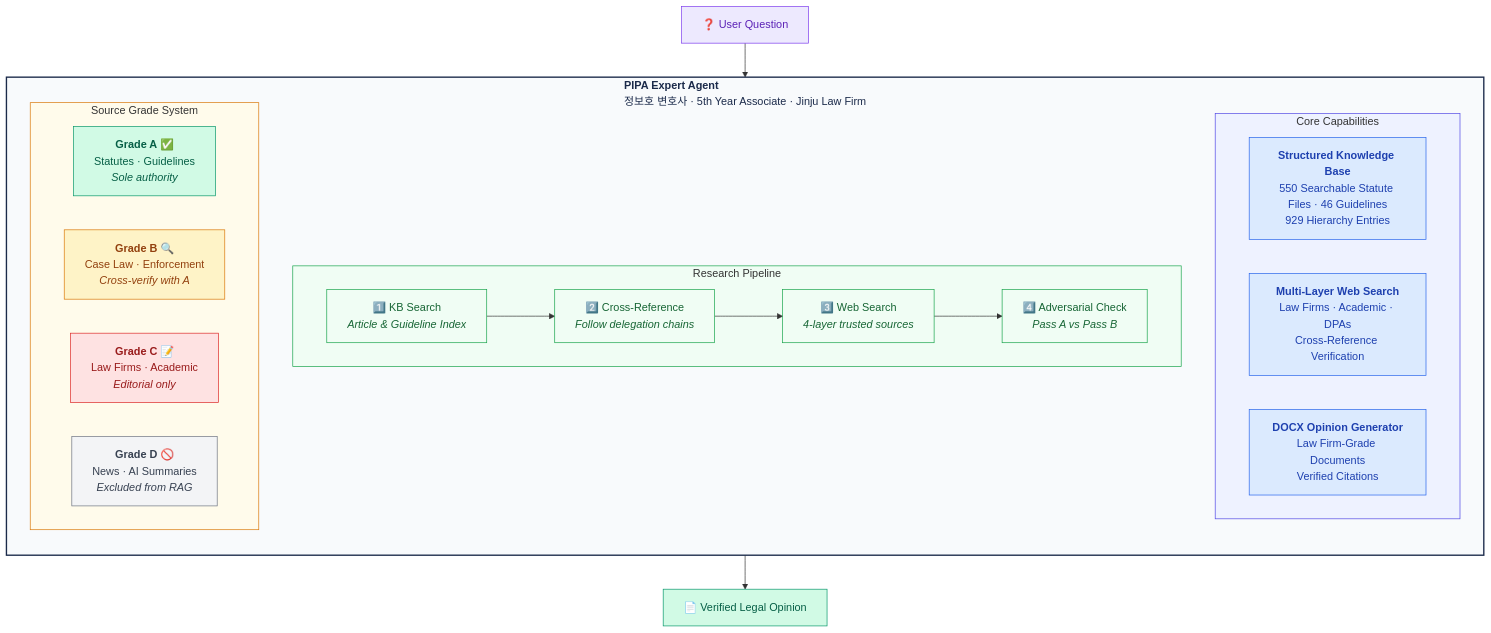
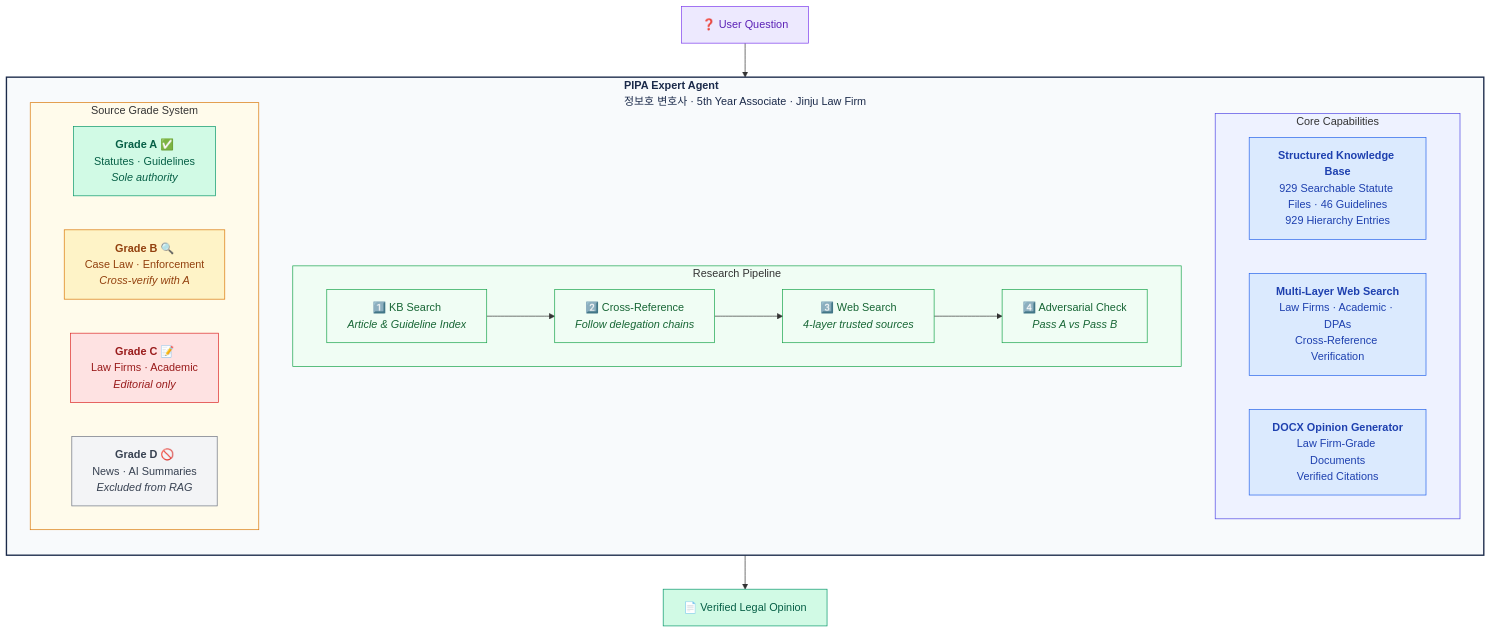
The first of 2 diagrams in README.md (kipeum86/PIPA-expert), drawn with Mermaid before and after one commit. The commit also changed other lines of this file and 967 other files, not shown here.

````diff
--- a/README.md
+++ b/README.md
@@ -48,51 +48,51 @@
 ```mermaid
 graph TB
     subgraph agent["<b>PIPA Expert Agent</b><br/>정보호 변호사 · 5th Year Associate · Jinju Law Firm"]
         direction TB
 
         subgraph core["Core Capabilities"]
             direction LR
-            KB["<b>Structured Knowledge Base</b><br/>550 Searchable Statute Files · 46 Guidelines<br/>929 Hierarchy Entries"]
+            KB["<b>Structured Knowledge Base</b><br/>929 Searchable Statute Files · 46 Guidelines<br/>929 Hierarchy Entries"]
             WS["<b>Multi-Layer Web Search</b><br/>Law Firms · Academic · DPAs<br/>Cross-Reference Verification"]
             DX["<b>DOCX Opinion Generator</b><br/>Law Firm-Grade Documents<br/>Verified Citations"]
         end
 
         subgraph pipeline["Research Pipeline"]
             direction LR
             S1["1️⃣ KB Search<br/><i>Article & Guideline Index</i>"]
             S2["2️⃣ Cross-Reference<br/><i>Follow delegation chains</i>"]
             S3["3️⃣ Web Search<br/><i>4-layer trusted sources</i>"]
             S4["4️⃣ Adversarial Check<br/><i>Pass A vs Pass B</i>"]
             S1 --> S2 --> S3 --> S4
         end
 
         subgraph grades["Source Grade System"]
             direction LR
             GA["<b>Grade A</b> ✅<br/>Statutes · Guidelines<br/><i>Sole authority</i>"]
             GB["<b>Grade B</b> 🔍<br/>Case Law · Enforcement<br/><i>Cross-verify with A</i>"]
             GC["<b>Grade C</b> 📝<br/>Law Firms · Academic<br/><i>Editorial only</i>"]
             GD["<b>Grade D</b> 🚫<br/>News · AI Summaries<br/><i>Excluded from RAG</i>"]
         end
     end
 
     Q["❓ User Question"] --> S1
     S4 --> O["📄 Verified Legal Opinion"]
 
     style agent fill:#f8fafc,stroke:#1B2A4A,stroke-width:2px,color:#1B2A4A
     style core fill:#eef2ff,stroke:#4f46e5,stroke-width:1px
     style pipeline fill:#f0fdf4,stroke:#16a34a,stroke-width:1px
     style grades fill:#fffbeb,stroke:#d97706,stroke-width:1px
     style KB fill:#dbeafe,stroke:#2563eb,color:#1e40af
     style WS fill:#dbeafe,stroke:#2563eb,color:#1e40af
     style DX fill:#dbeafe,stroke:#2563eb,color:#1e40af
     style GA fill:#d1fae5,stroke:#059669,color:#065f46
     style GB fill:#fef3c7,stroke:#d97706,color:#92400e
     style GC fill:#fee2e2,stroke:#dc2626,color:#991b1b
     style GD fill:#f3f4f6,stroke:#6b7280,color:#374151
     style Q fill:#ede9fe,stroke:#7c3aed,color:#5b21b6
     style O fill:#d1fae5,stroke:#059669,color:#065f46
     style S1 fill:#f0fdf4,stroke:#16a34a,color:#166534
     style S2 fill:#f0fdf4,stroke:#16a34a,color:#166534
     style S3 fill:#f0fdf4,stroke:#16a34a,color:#166534
     style S4 fill:#f0fdf4,stroke:#16a34a,color:#166534
 ```
````
